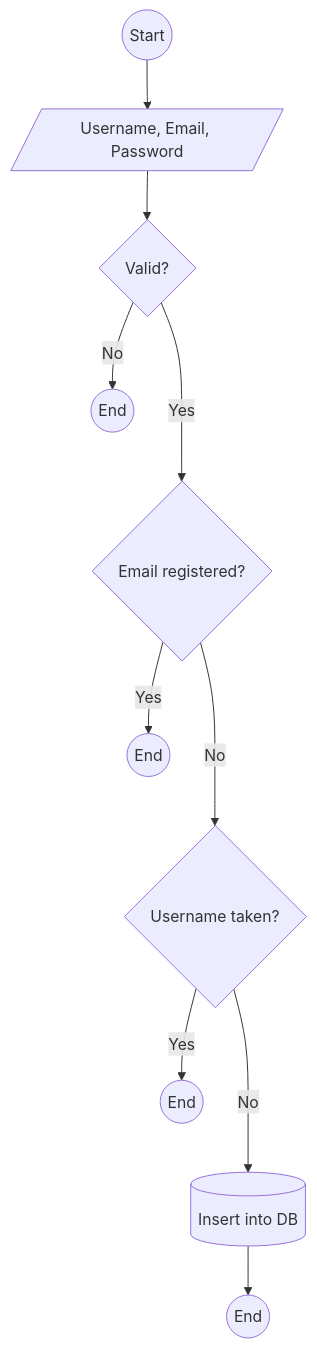
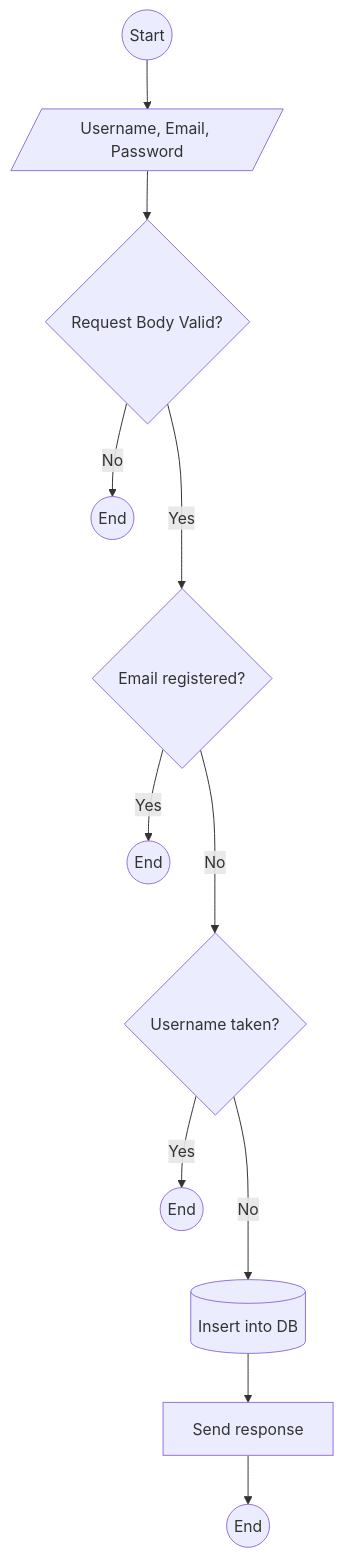
One commit to madeindra/user-api-nodejs changed the first of 6 diagrams in README.md. Above: the diagram before and after it, drawn with Mermaid. The commit also changed other lines of this file, not shown here.

Commit message:
docs: add flowchaart for create, read, delete user

````diff
--- a/README.md
+++ b/README.md
@@ -113,12 +113,13 @@
 ```mermaid
 graph TD;
     A((Start)) --> B[/Username, Email, Password/];
-    B --> C{Valid?}; 
+    B --> C{Request Body Valid?}; 
     C --> |No| V((End));
     C ---> |Yes| E{Email registered?};
     E --> |Yes| X((End));
     E ---> |No| F{Username taken?};
     F --> |Yes| Y((End));
     F ---> |No| G[(Insert into DB)];
-    G --> Z((End));
+    G --> H[Send response]
+    H --> Z((End));
 ```
````
